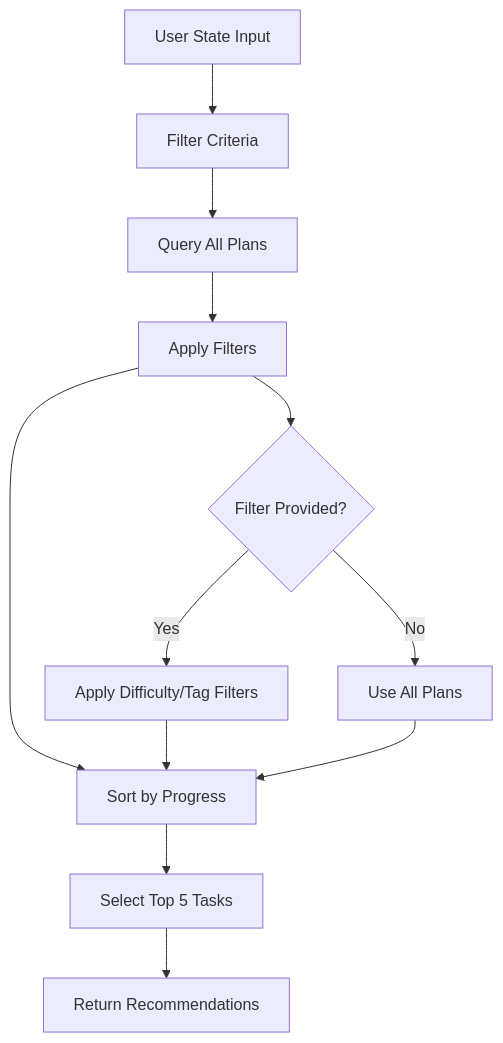
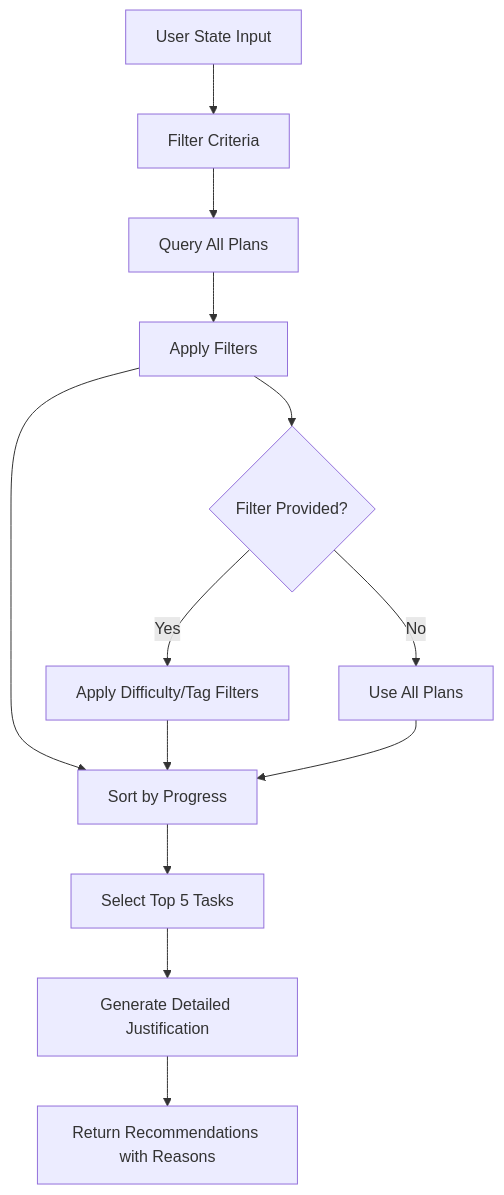
Before and after one commit to peixuanhu/goal-mate: the fifth of 10 diagrams in .qoder/repowiki/en/content/API Reference/Copilot Integration Endpoints.md, drawn with Mermaid. The commit also changed other lines of this file and 10 other files, not shown here.

````diff
--- a/.qoder/repowiki/en/content/API Reference/Copilot Integration Endpoints.md
+++ b/.qoder/repowiki/en/content/API Reference/Copilot Integration Endpoints.md
@@ -318,14 +344,15 @@
 ```mermaid
 flowchart TD
 A[User State Input] --> B[Filter Criteria]
 B --> C[Query All Plans]
 C --> D[Apply Filters]
 D --> E[Sort by Progress]
 E --> F[Select Top 5 Tasks]
-F --> G[Return Recommendations]
-D --> H{Filter Provided?}
-H --> |Yes| I[Apply Difficulty/Tag Filters]
-H --> |No| J[Use All Plans]
-I --> E
+F --> G[Generate Detailed Justification]
+G --> H[Return Recommendations with Reasons]
+D --> I{Filter Provided?}
+I --> |Yes| J[Apply Difficulty/Tag Filters]
+I --> |No| K[Use All Plans]
 J --> E
+K --> E
 ```
````
